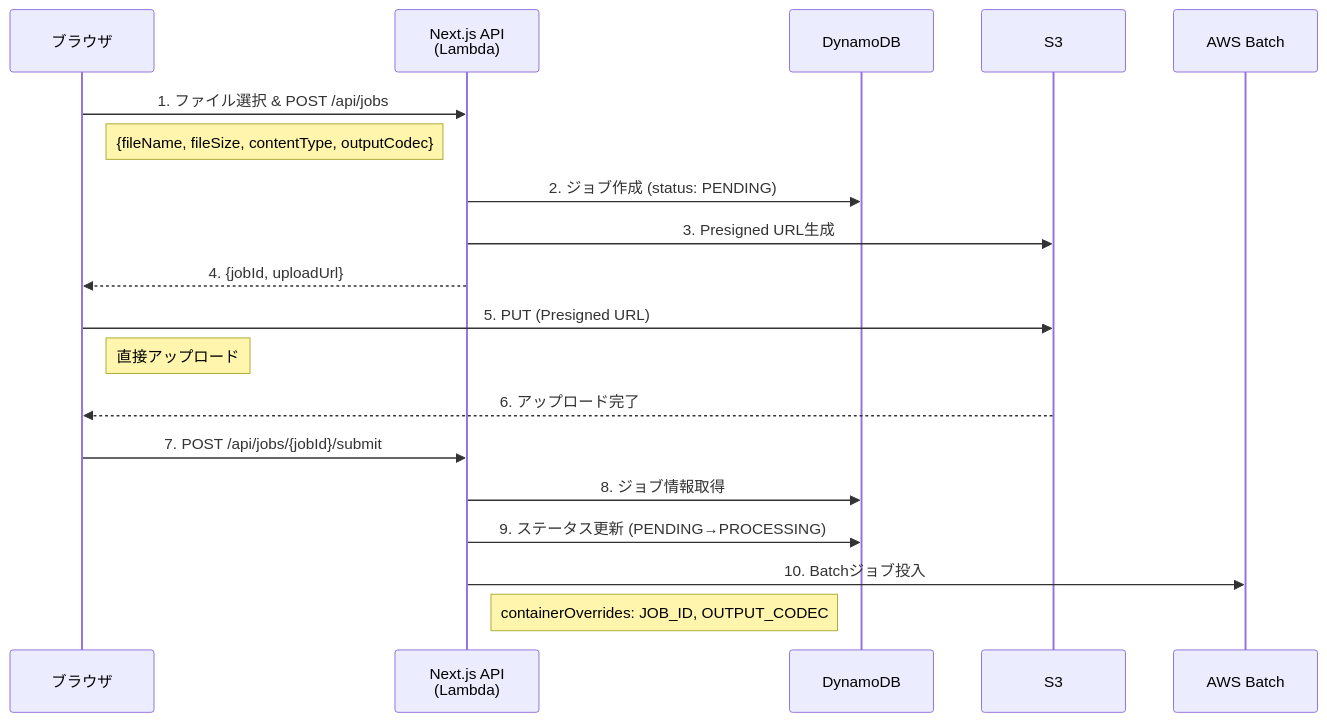
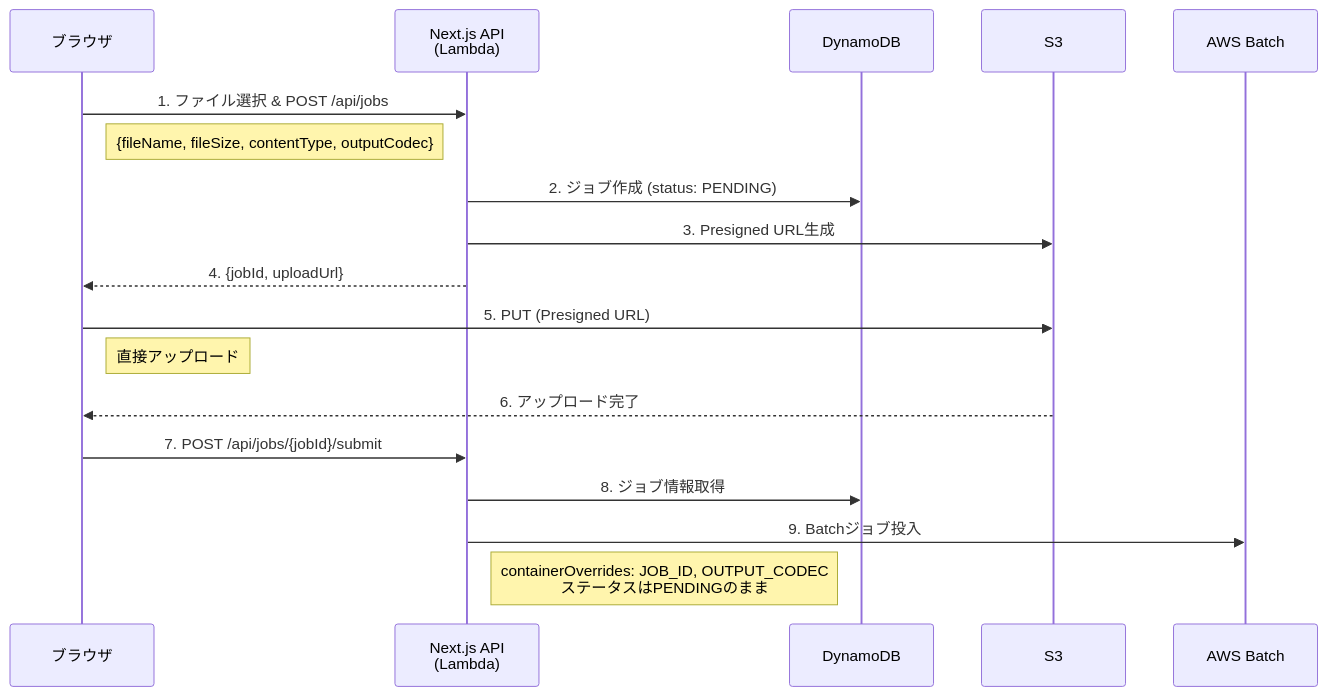
One commit to nagiyu/nagiyu-platform changed the first of 3 diagrams in docs/services/codec-converter/architecture.md. Above: the diagram before and after it, drawn with Mermaid. The commit also changed other lines of this file and 3 other files, not shown here.

Commit message:
Refactor job submission process to maintain job status as PENDING during Batch job submission, updating status handling in related tests and architecture documentation

````diff
--- a/docs/services/codec-converter/architecture.md
+++ b/docs/services/codec-converter/architecture.md
@@ -68,22 +68,21 @@
 ```mermaid
 sequenceDiagram
     participant Browser as ブラウザ
     participant Next as Next.js API<br/>(Lambda)
     participant DB as DynamoDB
     participant S3 as S3
     participant Batch as AWS Batch
 
     Browser->>Next: 1. ファイル選択 & POST /api/jobs
     Note right of Browser: {fileName, fileSize, contentType, outputCodec}
     Next->>DB: 2. ジョブ作成 (status: PENDING)
     Next->>S3: 3. Presigned URL生成
     Next-->>Browser: 4. {jobId, uploadUrl}
     Browser->>S3: 5. PUT (Presigned URL)
     Note right of Browser: 直接アップロード
     S3-->>Browser: 6. アップロード完了
     Browser->>Next: 7. POST /api/jobs/{jobId}/submit
     Next->>DB: 8. ジョブ情報取得
-    Next->>DB: 9. ステータス更新 (PENDING→PROCESSING)
-    Next->>Batch: 10. Batchジョブ投入
-    Note right of Next: containerOverrides: JOB_ID, OUTPUT_CODEC
+    Next->>Batch: 9. Batchジョブ投入
+    Note right of Next: containerOverrides: JOB_ID, OUTPUT_CODEC<br/>ステータスはPENDINGのまま
 ```
````
